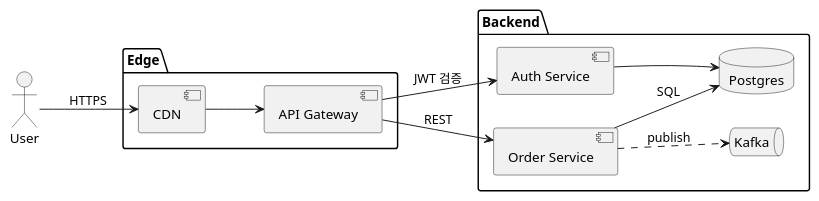
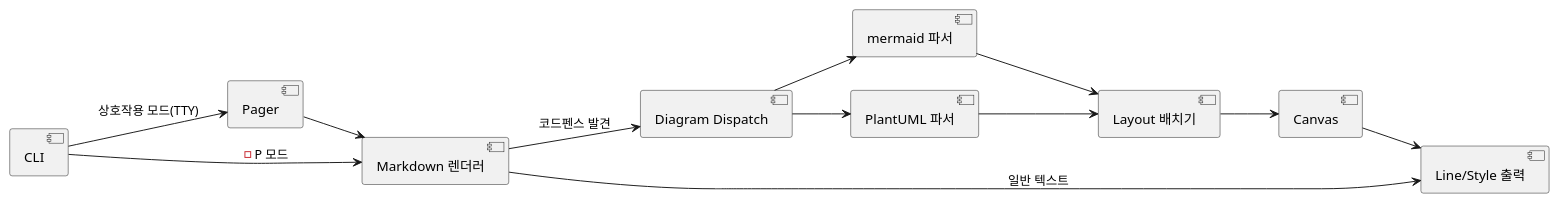
One commit to hodorii/dg changed the first of 14 diagrams in examples/architecture.md. Above: the diagram before and after it, drawn with PlantUML. The commit also changed other lines of this file and 22 other files, not shown here.

First line of the commit message:
mermaid 다이어그램 7종(gitGraph·block-beta·pie·xychart-beta·quadrantChart·gantt)과 PlantUML @startgantt 지원, 공통 차트 렌더링 기반(layout::chart) 추가

````diff
--- a/examples/architecture.md
+++ b/examples/architecture.md
@@ -11,23 +64,26 @@
 ```plantuml
 @startuml
 left to right direction
-actor User
-package "Edge" {
-  [CDN] as cdn
-  [API Gateway] as gw
-}
-package "Backend" {
-  [Auth Service] as auth
-  [Order Service] as order
-  database "Postgres" as db
-  queue "Kafka" as kafka
-}
-User --> cdn : HTTPS
-cdn --> gw
-gw --> auth : JWT 검증
-gw --> order : REST
-order --> db : SQL
-order ..> kafka : publish
-auth --> db
+[CLI] as cli
+[Pager] as pager
+[Markdown 렌더러] as md
+[Diagram Dispatch] as dispatch
+[mermaid 파서] as mermaid
+[PlantUML 파서] as plantuml
+[Layout 배치기] as layout
+[Canvas] as canvas
+[Line/Style 출력] as output
+
+cli --> pager : 상호작용 모드(TTY)
+cli --> md : -P 모드
+pager --> md
+md --> dispatch : 코드펜스 발견
+dispatch --> mermaid
+dispatch --> plantuml
+mermaid --> layout
+plantuml --> layout
+layout --> canvas
+canvas --> output
+md --> output : 일반 텍스트
 @enduml
 ```
````
